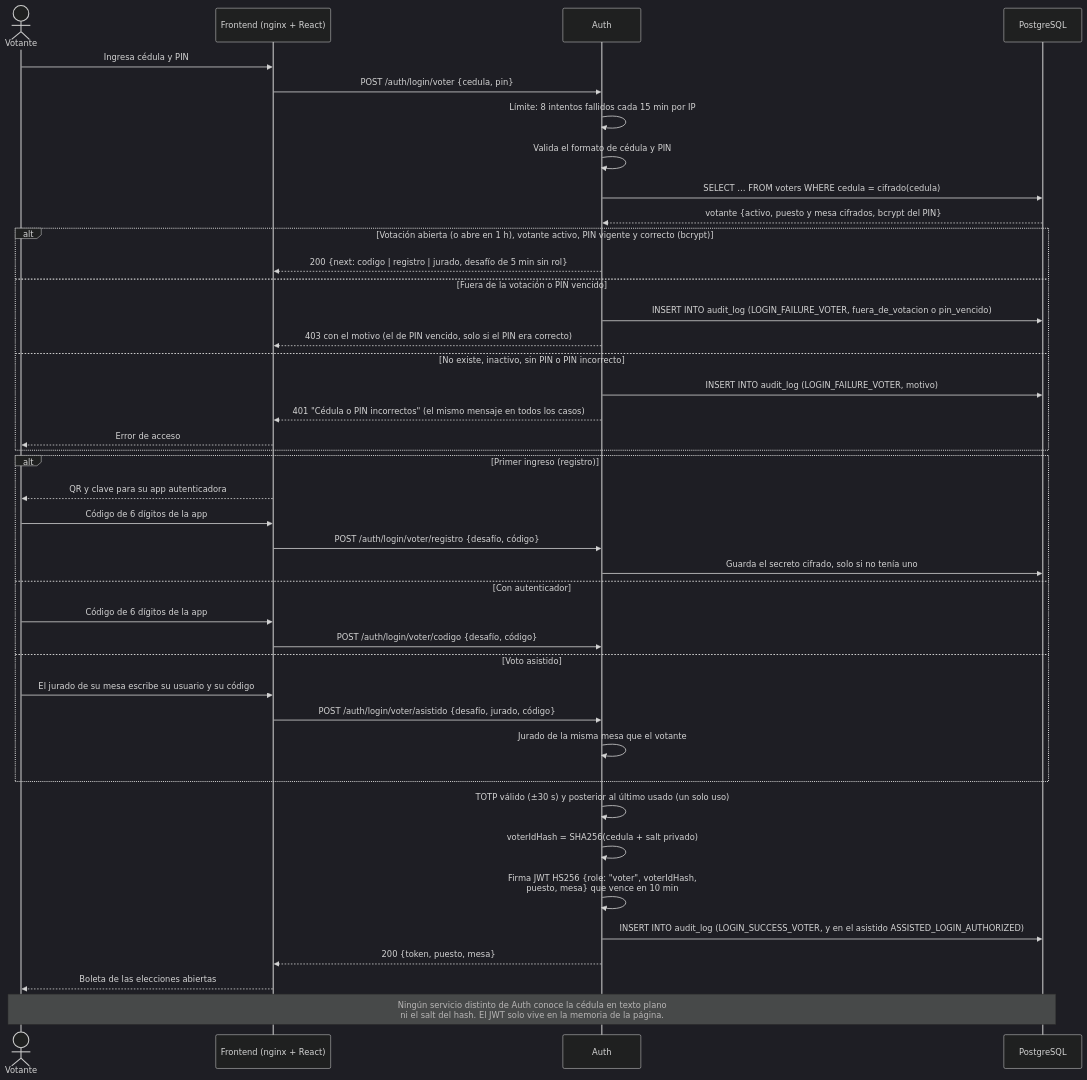
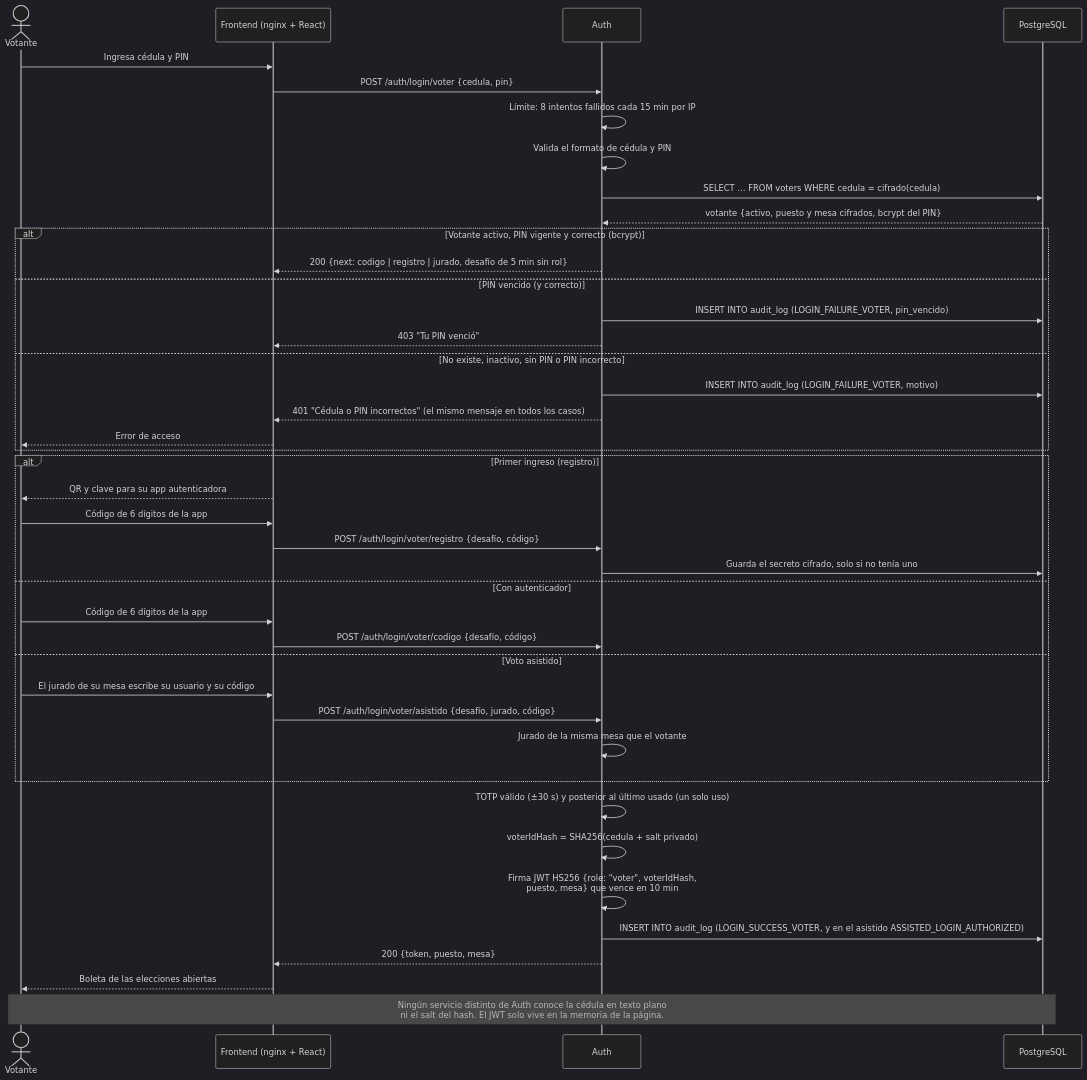
The third of 5 diagrams in docs/manual-arquitectura.md (NicolasPineda1421/LiveMetric), drawn with Mermaid (dark theme) before and after one commit. The commit also changed other lines of this file and 26 other files, not shown here.

````diff
--- a/docs/manual-arquitectura.md
+++ b/docs/manual-arquitectura.md
@@ -204,47 +204,47 @@
 ```mermaid
 sequenceDiagram
     actor Votante
     participant FE as Frontend (nginx + React)
     participant AUTH as Auth
     participant DB as PostgreSQL
 
     Votante->>FE: Ingresa cédula y PIN
     FE->>AUTH: POST /auth/login/voter {cedula, pin}
     AUTH->>AUTH: Límite: 8 intentos fallidos cada 15 min por IP
     AUTH->>AUTH: Valida el formato de cédula y PIN
     AUTH->>DB: SELECT … FROM voters WHERE cedula = cifrado(cedula)
     DB-->>AUTH: votante {activo, puesto y mesa cifrados, bcrypt del PIN}
 
-    alt Votación abierta (o abre en 1 h), votante activo, PIN vigente y correcto (bcrypt)
+    alt Votante activo, PIN vigente y correcto (bcrypt)
         AUTH-->>FE: 200 {next: codigo | registro | jurado, desafío de 5 min sin rol}
-    else Fuera de la votación o PIN vencido
-        AUTH->>DB: INSERT INTO audit_log (LOGIN_FAILURE_VOTER, fuera_de_votacion o pin_vencido)
-        AUTH-->>FE: 403 con el motivo (el de PIN vencido, solo si el PIN era correcto)
+    else PIN vencido (y correcto)
+        AUTH->>DB: INSERT INTO audit_log (LOGIN_FAILURE_VOTER, pin_vencido)
+        AUTH-->>FE: 403 "Tu PIN venció"
     else No existe, inactivo, sin PIN o PIN incorrecto
         AUTH->>DB: INSERT INTO audit_log (LOGIN_FAILURE_VOTER, motivo)
         AUTH-->>FE: 401 "Cédula o PIN incorrectos" (el mismo mensaje en todos los casos)
         FE-->>Votante: Error de acceso
     end
 
     alt Primer ingreso (registro)
         FE-->>Votante: QR y clave para su app autenticadora
         Votante->>FE: Código de 6 dígitos de la app
         FE->>AUTH: POST /auth/login/voter/registro {desafío, código}
         AUTH->>DB: Guarda el secreto cifrado, solo si no tenía uno
     else Con autenticador
         Votante->>FE: Código de 6 dígitos de la app
         FE->>AUTH: POST /auth/login/voter/codigo {desafío, código}
     else Voto asistido
         Votante->>FE: El jurado de su mesa escribe su usuario y su código
         FE->>AUTH: POST /auth/login/voter/asistido {desafío, jurado, código}
         AUTH->>AUTH: Jurado de la misma mesa que el votante
     end
     AUTH->>AUTH: TOTP válido (±30 s) y posterior al último usado (un solo uso)
     AUTH->>AUTH: voterIdHash = SHA256(cedula + salt privado)
     AUTH->>AUTH: Firma JWT HS256 {role: "voter", voterIdHash,<br/>puesto, mesa} que vence en 10 min
     AUTH->>DB: INSERT INTO audit_log (LOGIN_SUCCESS_VOTER, y en el asistido ASSISTED_LOGIN_AUTHORIZED)
     AUTH-->>FE: 200 {token, puesto, mesa}
     FE-->>Votante: Boleta de las elecciones abiertas
 
     Note over Votante,DB: Ningún servicio distinto de Auth conoce la cédula en texto plano<br/>ni el salt del hash. El JWT solo vive en la memoria de la página.
 ```
````
